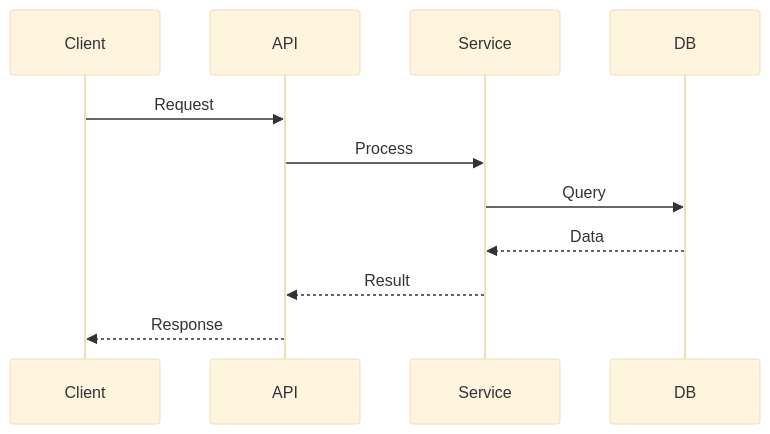
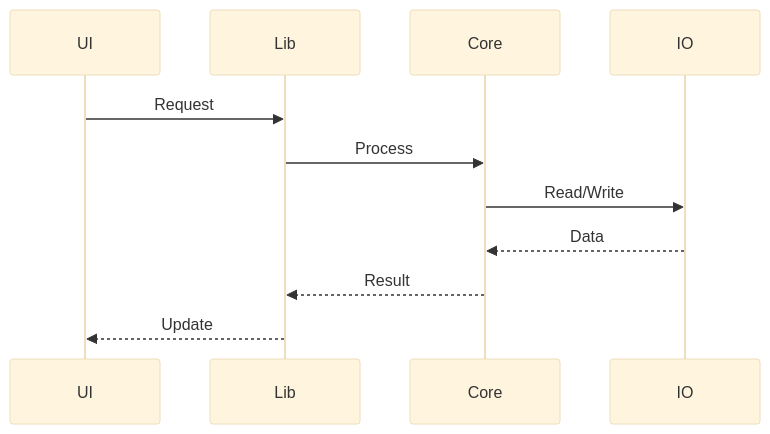
One commit to Asher-1/ACloudViewer changed the third of 4 diagrams in .agents/skills/codebase-summarizer/SKILL.md. Above: the diagram before and after it, drawn with Mermaid (base theme). The commit also changed other lines of this file and 42 other files, not shown here.

````diff
--- a/.agents/skills/codebase-summarizer/SKILL.md
+++ b/.agents/skills/codebase-summarizer/SKILL.md
@@ -311,13 +292,13 @@
 ```mermaid
 sequenceDiagram
-    participant Client
-    participant API
-    participant Service
-    participant DB
-    Client->>API: Request
-    API->>Service: Process
-    Service->>DB: Query
-    DB-->>Service: Data
-    Service-->>API: Result
-    API-->>Client: Response
+    participant UI
+    participant Lib
+    participant Core
+    participant IO
+    UI->>Lib: Request
+    Lib->>Core: Process
+    Core->>IO: Read/Write
+    IO-->>Core: Data
+    Core-->>Lib: Result
+    Lib-->>UI: Update
 ```
````
